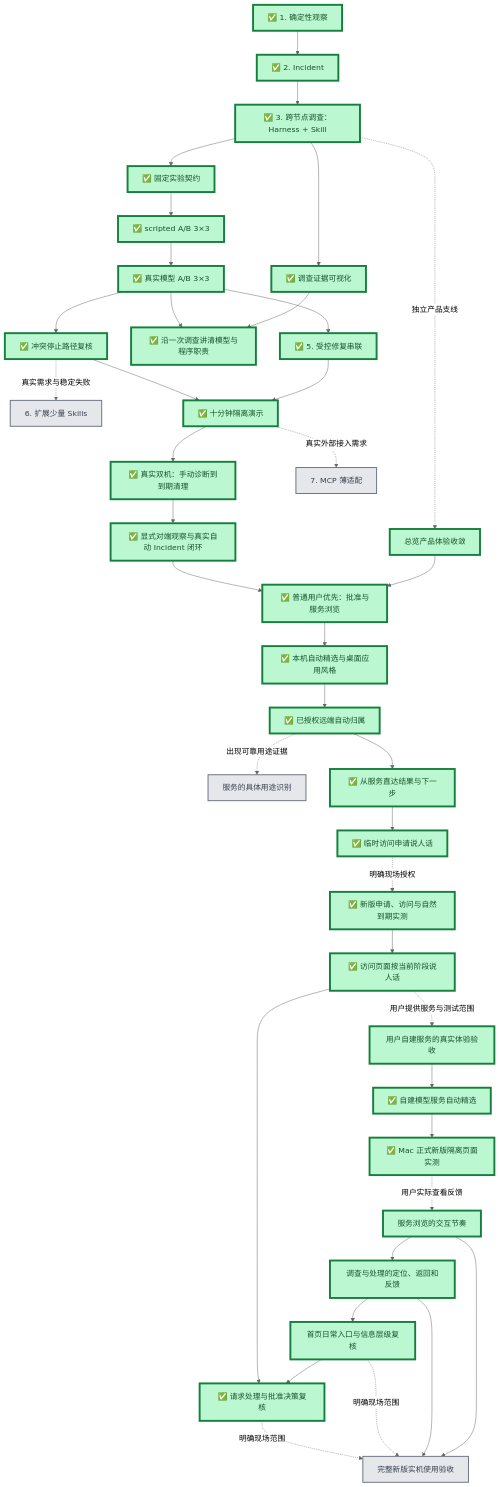
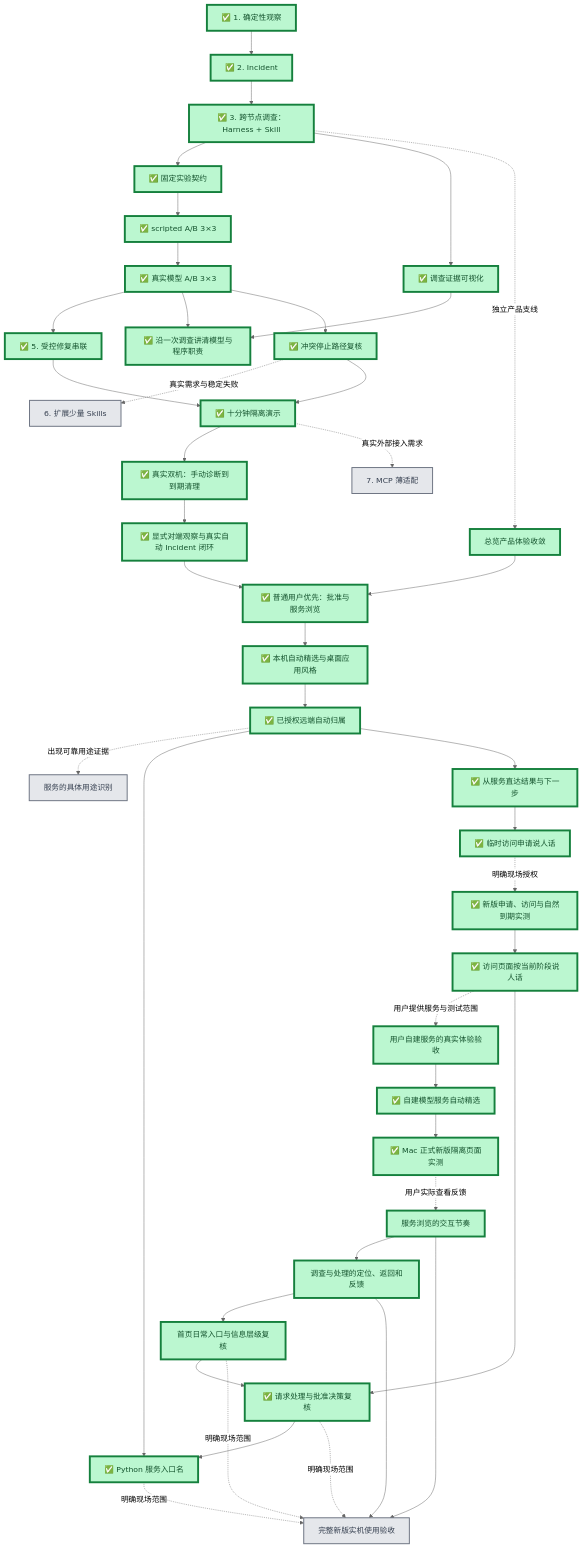
The first of 2 diagrams in docs/project/roadmap.md (Sugarfarmeriod/TunnelMinion), drawn with Mermaid (neutral theme) before and after one commit. The commit also changed other lines of this file and 23 other files, not shown here.

Commit message:
feat: 仅在本机提取 Python 服务入口名

````diff
--- a/docs/project/roadmap.md
+++ b/docs/project/roadmap.md
@@ -8,70 +8,74 @@
 ```mermaid
 flowchart TB
     A["✅ 1. 确定性观察"] --> B["✅ 2. Incident"]
     B --> C["✅ 3. 跨节点调查：Harness + Skill"]
 
     C --> D1["✅ 固定实验契约"]
     D1 --> D2["✅ scripted A/B 3×3"]
     D2 --> D3["✅ 真实模型 A/B 3×3"]
 
     D3 --> E["✅ 5. 受控修复串联"]
     C --> V["✅ 调查证据可视化"]
     V --> W["✅ 沿一次调查讲清模型与程序职责"]
     D3 --> W
     D3 --> F["✅ 冲突停止路径复核"]
     F -.真实需求与稳定失败.-> K["6. 扩展少量 Skills"]
     E --> H["✅ 十分钟隔离演示"]
     F --> H
     H --> R["✅ 真实双机：手动诊断到到期清理"]
     R --> I["✅ 显式对端观察与真实自动 Incident 闭环"]
     H -.真实外部接入需求.-> G["7. MCP 薄适配"]
 
     C -.独立产品支线.-> U["总览产品体验收敛"]
     U --> P["✅ 普通用户优先：批准与服务浏览"]
     I --> P
     P --> Q["✅ 本机自动精选与桌面应用风格"]
     Q --> Q2["✅ 已授权远端自动归属"]
     Q2 -.出现可靠用途证据.-> Q3["服务的具体用途识别"]
+    Q2 --> Q16["✅ Python 服务入口名"]
+    Q15 --> Q16
+    Q16 -.明确现场范围.-> Q14
     Q2 --> Q4["✅ 从服务直达结果与下一步"]
     Q4 --> Q5["✅ 临时访问申请说人话"]
     Q5 -.明确现场授权.-> Q6["✅ 新版申请、访问与自然到期实测"]
     Q6 --> Q7["✅ 访问页面按当前阶段说人话"]
     Q7 -.用户提供服务与测试范围.-> Q8["用户自建服务的真实体验验收"]
     Q8 --> Q9["✅ 自建模型服务自动精选"]
     Q9 --> Q10["✅ Mac 正式新版隔离页面实测"]
     Q10 -.用户实际查看反馈.-> Q11["服务浏览的交互节奏"]
     Q11 --> Q12["调查与处理的定位、返回和反馈"]
     Q12 --> Q13["首页日常入口与信息层级复核"]
     Q13 --> Q15["✅ 请求处理与批准决策复核"]
     Q7 --> Q15
     Q11 --> Q14["完整新版实机使用验收"]
     Q12 --> Q14
     Q13 -.明确现场范围.-> Q14
     Q15 -.明确现场范围.-> Q14
 
     classDef done fill:#bbf7d0,stroke:#15803d,stroke-width:4px,color:#14532d;
     classDef current fill:#fde68a,stroke:#b45309,stroke-width:5px,color:#78350f;
     classDef next fill:#bfdbfe,stroke:#1d4ed8,stroke-width:3px,color:#1e3a8a;
     classDef later fill:#e5e7eb,stroke:#6b7280,stroke-width:2px,color:#374151;
     class A,B,C,D1,D2,D3,E,F,H,R,V done;
     class U done;
     class W done;
     class I done;
     class G,K later;
     class P done;
     class Q done;
     class Q2 done;
     class Q3 later;
     class Q4 done;
     class Q5 done;
     class Q6 done;
     class Q7 done;
     class Q8 done;
     class Q9 done;
     class Q10 done;
     class Q11 done;
     class Q12 done;
     class Q13 done;
     class Q14 later;
     class Q15 done;
+    class Q16 done;
 ```
````
